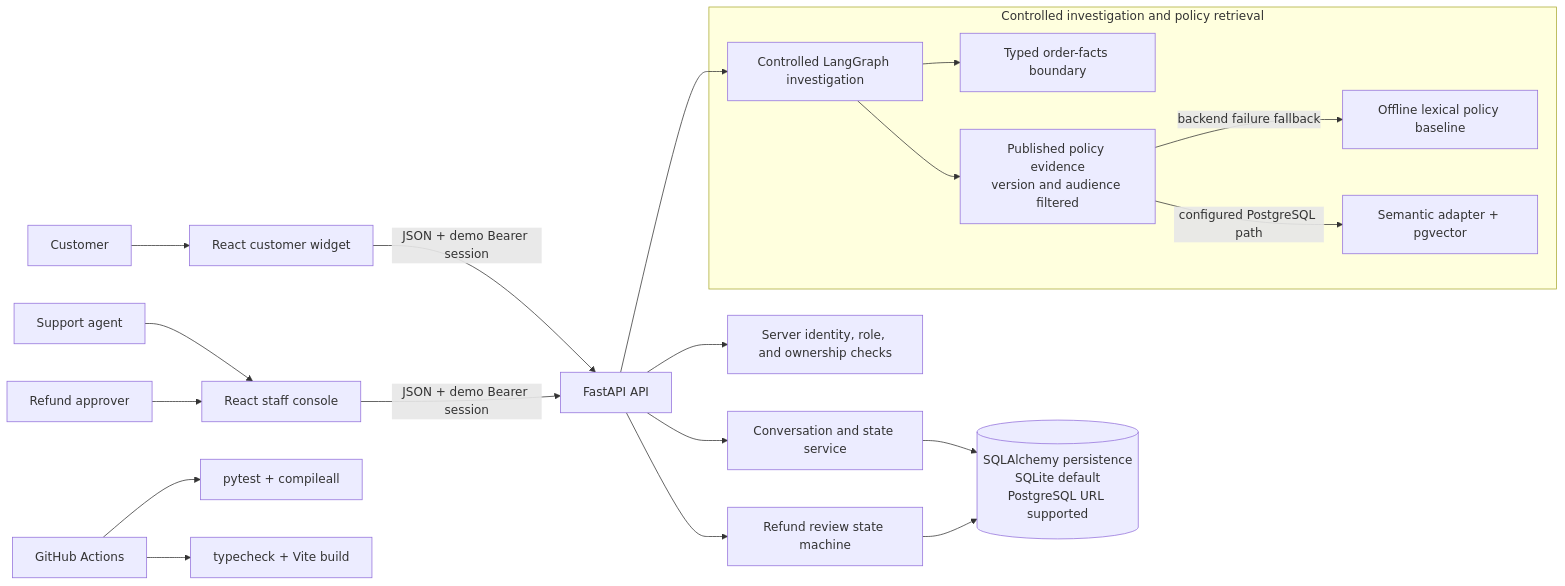
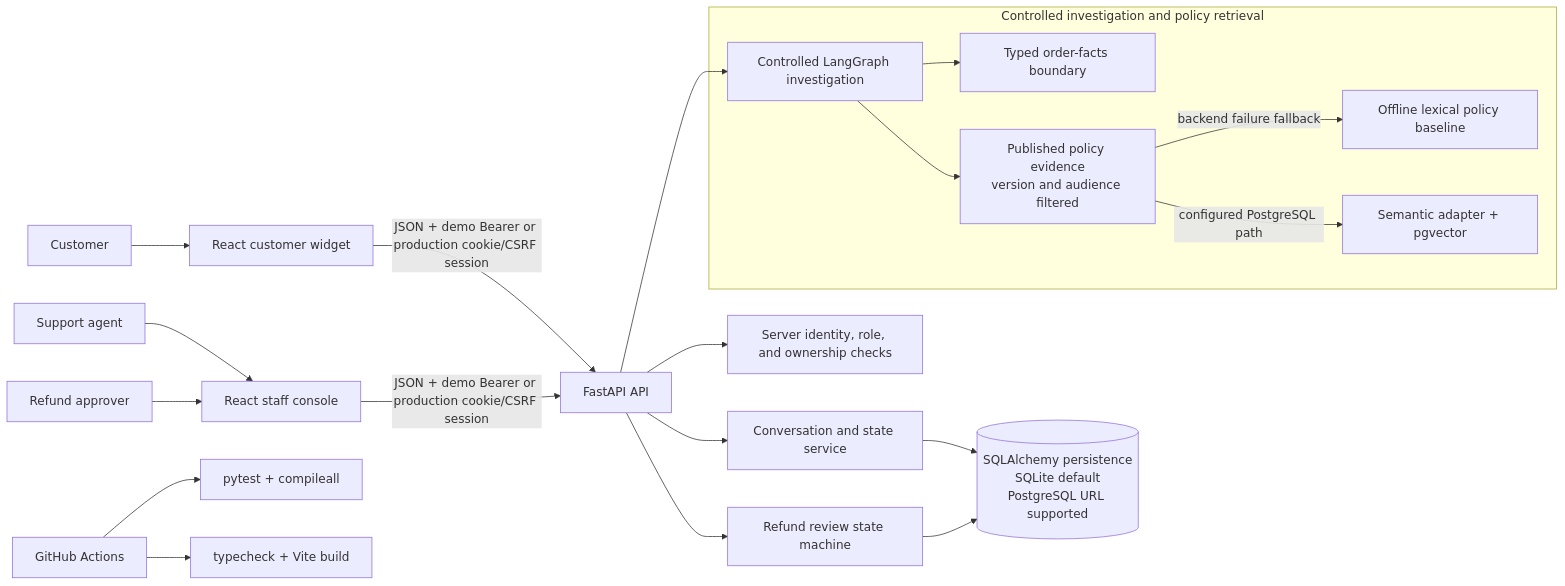
The diagram in README.md (emam26/Resolve.AI), drawn with Mermaid before and after one commit. The commit also changed other lines of this file and 4 other files, not shown here.

````diff
--- a/README.md
+++ b/README.md
@@ -57,31 +76,31 @@
 ```mermaid
 flowchart LR
     Customer[Customer] --> Widget[React customer widget]
     Staff[Support agent] --> Console[React staff console]
     Approver[Refund approver] --> Console
 
-    Widget -->|JSON + demo Bearer session| API[FastAPI API]
-    Console -->|JSON + demo Bearer session| API
+    Widget -->|JSON + demo Bearer or production cookie/CSRF session| API[FastAPI API]
+    Console -->|JSON + demo Bearer or production cookie/CSRF session| API
 
     API --> Auth[Server identity, role, and ownership checks]
     API --> Conversations[Conversation and state service]
     API --> Refunds[Refund review state machine]
     Conversations --> Store[(SQLAlchemy persistence<br/>SQLite default<br/>PostgreSQL URL supported)]
     Refunds --> Store
 
     subgraph AI[Controlled investigation and policy retrieval]
         Workflow[Controlled LangGraph investigation]
         Facts[Typed order-facts boundary]
         Lexical[Offline lexical policy baseline]
         Semantic[Semantic adapter + pgvector]
         Evidence[Published policy evidence<br/>version and audience filtered]
         Workflow --> Facts
         Workflow --> Evidence
         Evidence -->|configured PostgreSQL path| Semantic
         Evidence -->|backend failure fallback| Lexical
     end
 
     API --> Workflow
     CI[GitHub Actions] --> BackendChecks[pytest + compileall]
     CI --> FrontendChecks[typecheck + Vite build]
 ```
````
